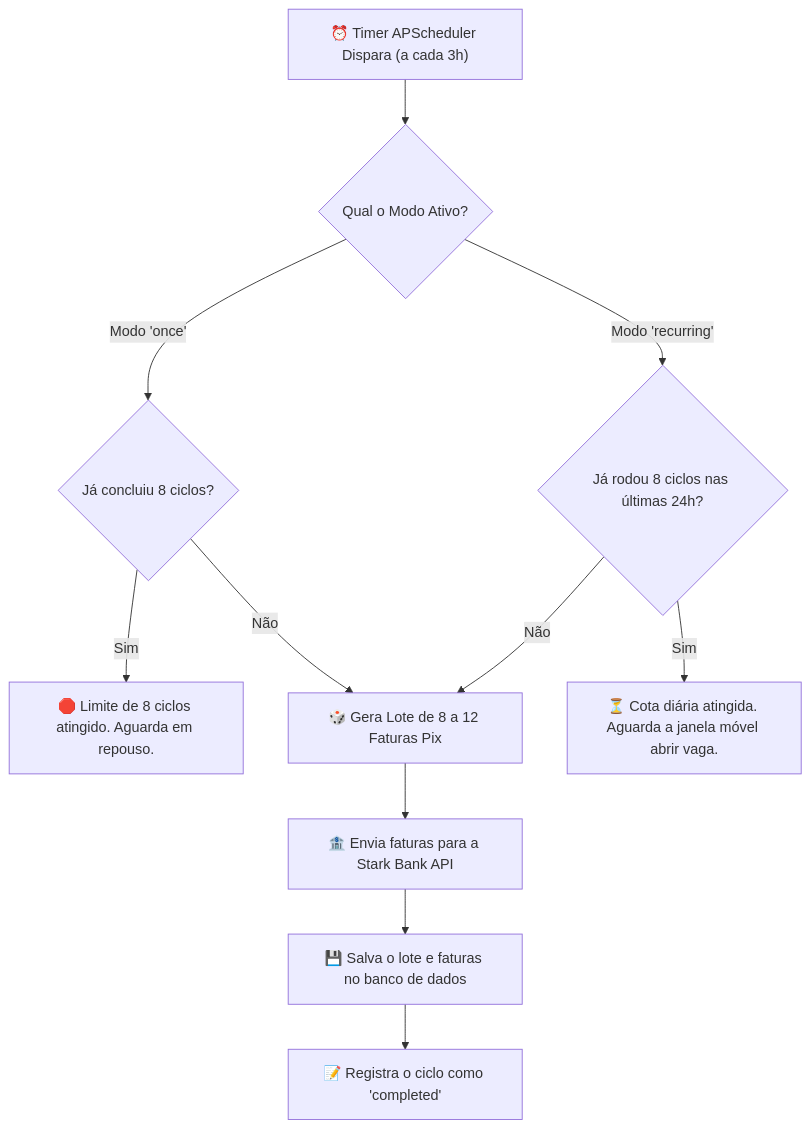
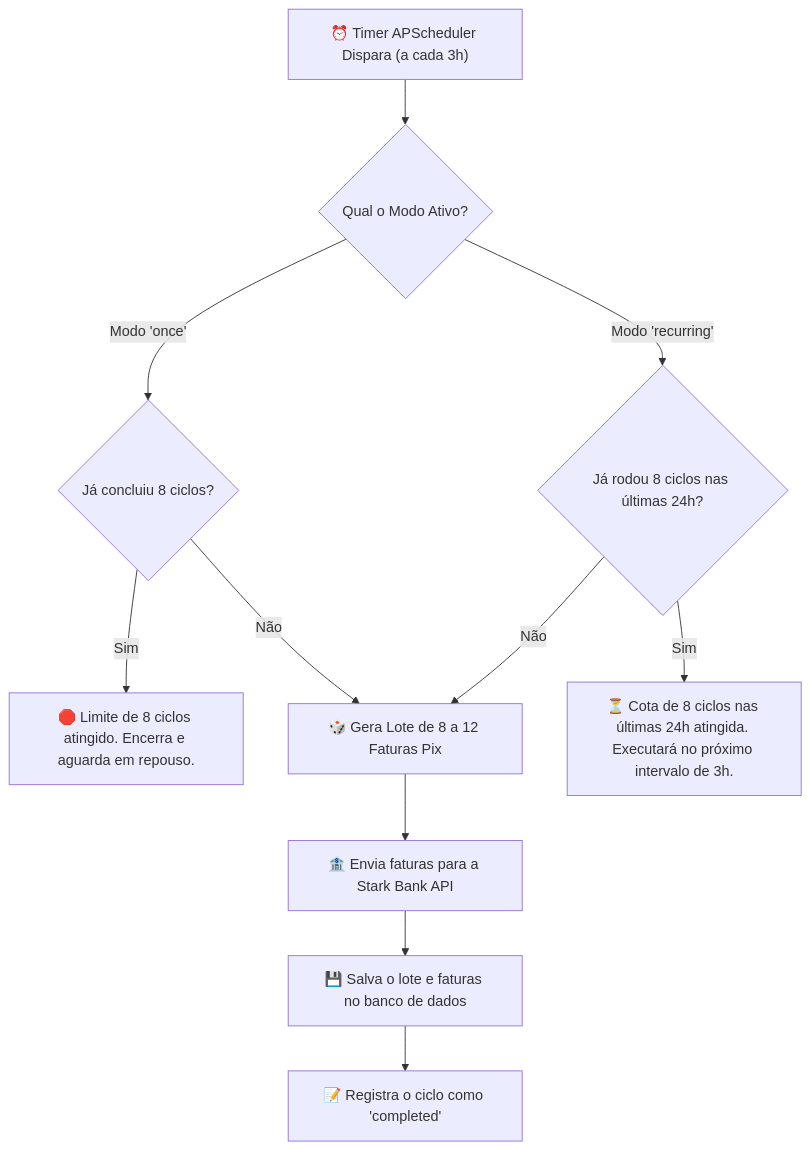
One commit to JhonatanRian/webhook-payment changed the first of 2 diagrams in docs/business-rules.md. Above: the diagram before and after it, drawn with Mermaid. The commit also changed other lines of this file, not shown here.

````diff
--- a/docs/business-rules.md
+++ b/docs/business-rules.md
@@ -11,16 +11,16 @@
 ```mermaid
 flowchart TD
     START["⏰ Timer APScheduler Dispara (a cada 3h)"] --> CHECK_MODE{"Qual o Modo Ativo?"}
     
     CHECK_MODE -->|"Modo 'once'"| CHECK_ONCE{"Já concluiu 8 ciclos?"}
-    CHECK_ONCE -->|"Sim"| STOP["🛑 Limite de 8 ciclos atingido. Aguarda em repouso."]
+    CHECK_ONCE -->|"Sim"| STOP["🛑 Limite de 8 ciclos atingido. Encerra e aguarda em repouso."]
     CHECK_ONCE -->|"Não"| GENERATE["🎲 Gera Lote de 8 a 12 Faturas Pix"]
     
     CHECK_MODE -->|"Modo 'recurring'"| CHECK_REC{"Já rodou 8 ciclos nas últimas 24h?"}
-    CHECK_REC -->|"Sim"| SKIP["⏳ Cota diária atingida. Aguarda a janela móvel abrir vaga."]
+    CHECK_REC -->|"Sim"| SKIP["⏳ Cota de 8 ciclos nas últimas 24h atingida. Executará no próximo intervalo de 3h."]
     CHECK_REC -->|"Não"| GENERATE
 
     GENERATE --> SEND_STARK["🏦 Envia faturas para a Stark Bank API"]
     SEND_STARK --> SAVE_DB["💾 Salva o lote e faturas no banco de dados"]
     SAVE_DB --> RECORD_CYCLE["📝 Registra o ciclo como 'completed'"]
 ```
````
